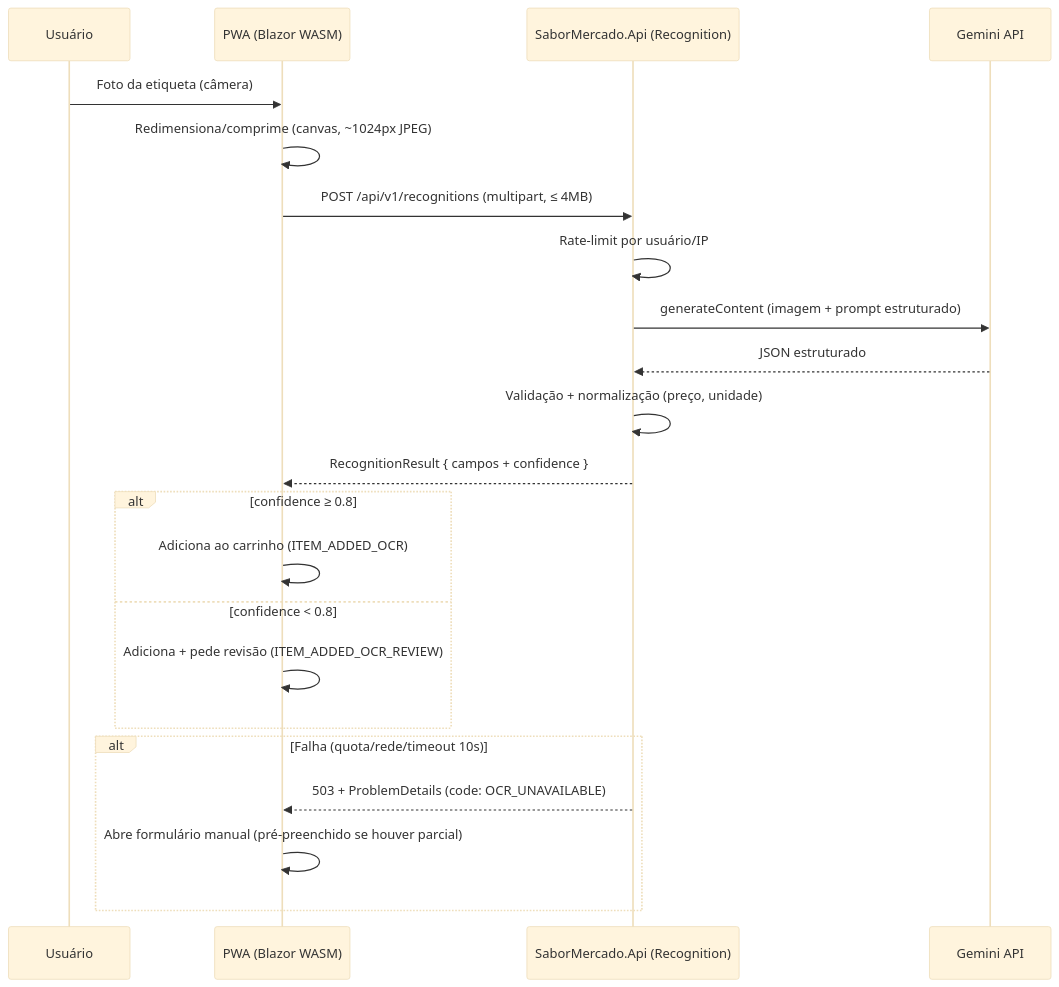
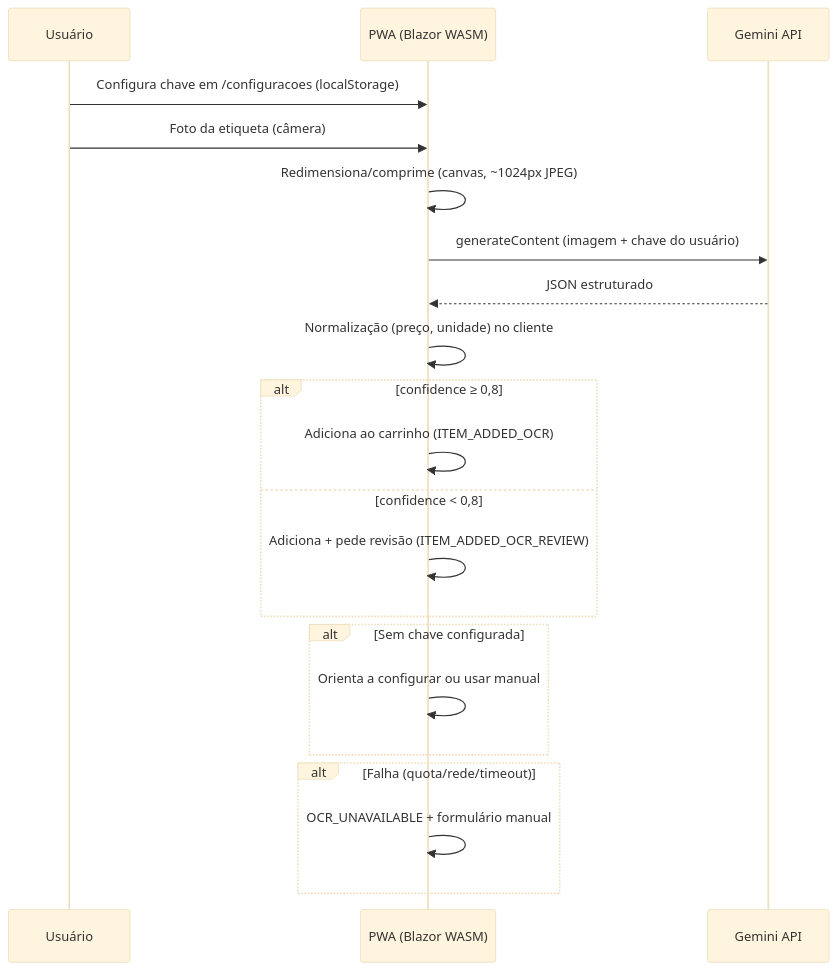
Before and after one commit to rpjtechgroup/sabor-mercado: the diagram in docs/architecture/ocr-integration.md, drawn with Mermaid (base theme). The commit also changed other lines of this file and 279 other files, not shown here.

First line of the commit message:
Implement offline shopping PWA, API modules, and features 001-005.

````diff
--- a/docs/architecture/ocr-integration.md
+++ b/docs/architecture/ocr-integration.md
@@ -8,25 +10,24 @@
 ```mermaid
 sequenceDiagram
     participant U as Usuário
     participant PWA as PWA (Blazor WASM)
-    participant API as SaborMercado.Api (Recognition)
     participant G as Gemini API
 
+    U->>PWA: Configura chave em /configuracoes (localStorage)
     U->>PWA: Foto da etiqueta (câmera)
     PWA->>PWA: Redimensiona/comprime (canvas, ~1024px JPEG)
-    PWA->>API: POST /api/v1/recognitions (multipart, ≤ 4MB)
-    API->>API: Rate-limit por usuário/IP
-    API->>G: generateContent (imagem + prompt estruturado)
-    G-->>API: JSON estruturado
-    API->>API: Validação + normalização (preço, unidade)
-    API-->>PWA: RecognitionResult { campos + confidence }
-    alt confidence ≥ 0.8
+    PWA->>G: generateContent (imagem + chave do usuário)
+    G-->>PWA: JSON estruturado
+    PWA->>PWA: Normalização (preço, unidade) no cliente
+    alt confidence ≥ 0,8
         PWA->>PWA: Adiciona ao carrinho (ITEM_ADDED_OCR)
-    else confidence < 0.8
+    else confidence < 0,8
         PWA->>PWA: Adiciona + pede revisão (ITEM_ADDED_OCR_REVIEW)
     end
-    alt Falha (quota/rede/timeout 10s)
-        API-->>PWA: 503 + ProblemDetails (code: OCR_UNAVAILABLE)
-        PWA->>PWA: Abre formulário manual (pré-preenchido se houver parcial)
+    alt Sem chave configurada
+        PWA->>PWA: Orienta a configurar ou usar manual
+    end
+    alt Falha (quota/rede/timeout)
+        PWA->>PWA: OCR_UNAVAILABLE + formulário manual
     end
 ```
````
